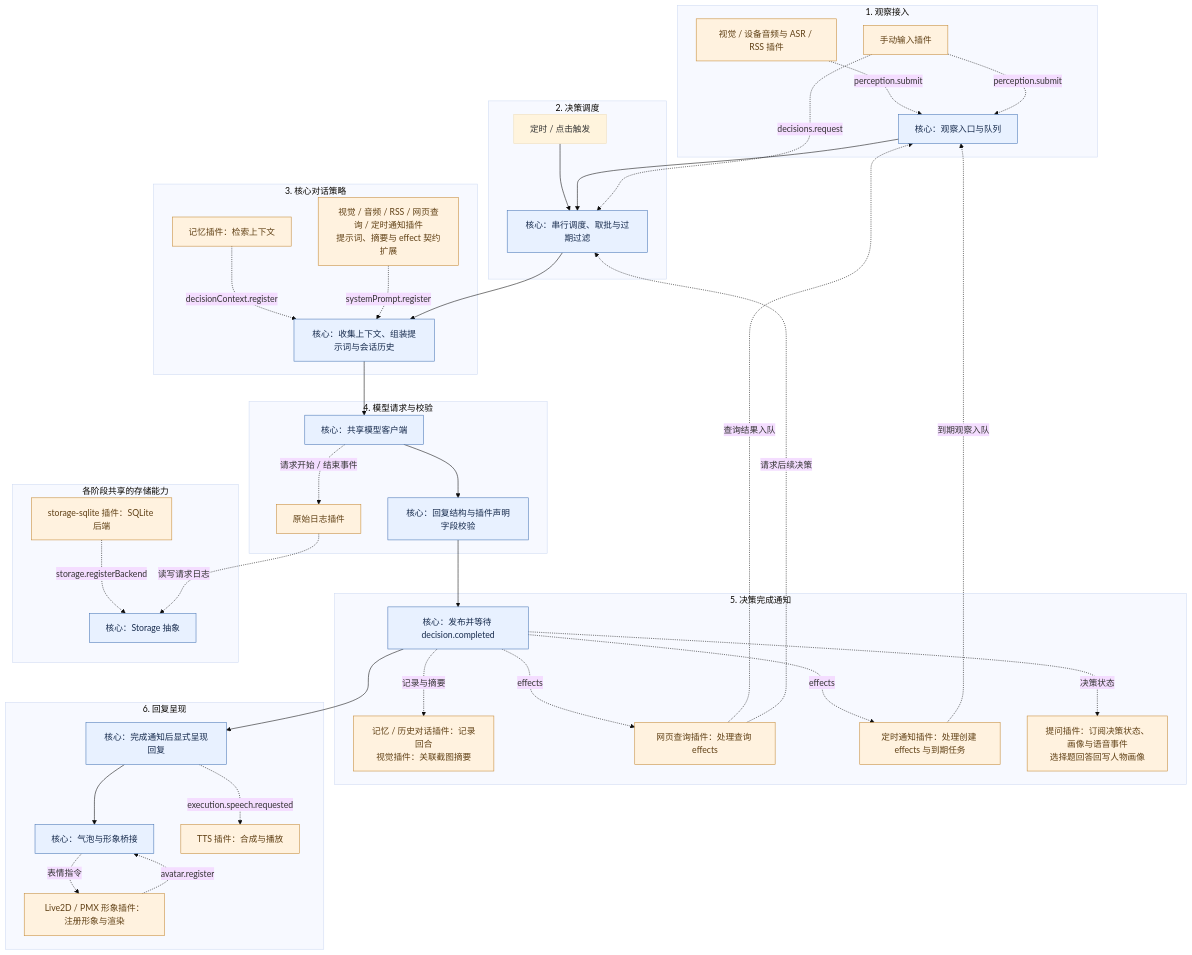
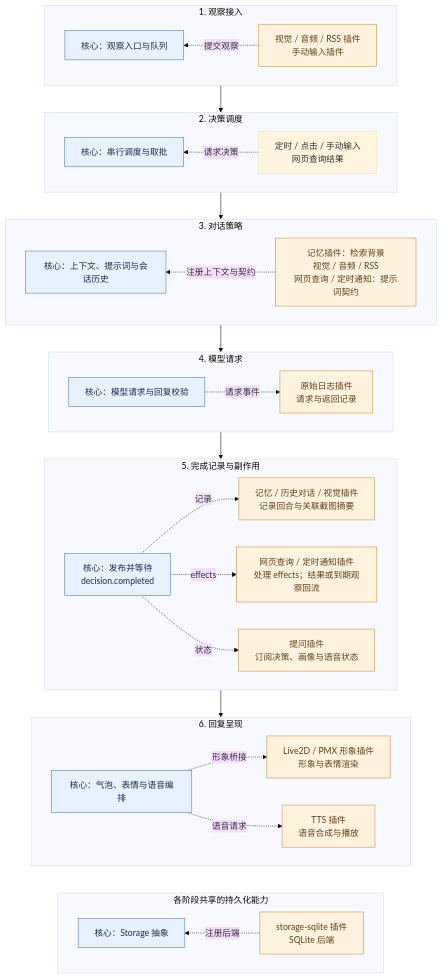
The diagram in README.md (thebeet/mylive2dpet), drawn with Mermaid (base theme) before and after one commit. The commit also changed other lines of this file, not shown here.

Commit message:
docs: align architecture stages and plugin injection points

````diff
--- a/README.md
+++ b/README.md
@@ -119,74 +119,59 @@
 ```mermaid
 flowchart TB
     subgraph Input[1. 观察接入]
-        Queue[核心：观察入口与队列]
-        Sources[视觉 / 设备音频与 ASR / RSS 插件]
-        Manual[手动输入插件]
-        Sources -.->|"perception.submit"| Queue
-        Manual -.->|"perception.submit"| Queue
+        direction RL
+        Sources["视觉 / 音频 / RSS 插件<br/>手动输入插件"]
+        Queue["核心：观察入口与队列"]
+        Sources -.->|"提交观察"| Queue
+    end
+    subgraph Decision[2. 决策调度]
+        direction RL
+        Triggers["定时 / 点击 / 手动输入<br/>网页查询结果"]
+        Scheduler["核心：串行调度与取批"]
+        Triggers -.->|"请求决策"| Scheduler
+    end
+    subgraph Conversation[3. 对话策略]
+        direction RL
+        ContextPlugins["记忆插件：检索背景<br/>视觉 / 音频 / RSS<br/>网页查询 / 定时通知：提示词契约"]
+        Context["核心：上下文、提示词与会话历史"]
+        ContextPlugins -.->|"注册上下文与契约"| Context
+    end
+    subgraph Request[4. 模型请求]
+        direction LR
+        Model["核心：模型请求与回复校验"]
+        RawLog["原始日志插件<br/>请求与返回记录"]
+        Model -.->|"请求事件"| RawLog
+    end
+    subgraph Completion[5. 完成记录与副作用]
+        direction LR
+        Result["核心：发布并等待<br/>decision.completed"]
+        Records["记忆 / 历史对话 / 视觉插件<br/>记录回合与关联截图摘要"]
+        Effects["网页查询 / 定时通知插件<br/>处理 effects；结果或到期观察回流"]
+        Questions["提问插件<br/>订阅决策、画像与语音状态"]
+        Result -.->|"记录"| Records
+        Result -.->|"effects"| Effects
+        Result -.->|"状态"| Questions
+    end
+    subgraph Output[6. 回复呈现]
+        direction LR
+        Present["核心：气泡、表情与语音编排"]
+        Avatar["Live2D / PMX 形象插件<br/>形象与表情渲染"]
+        TTS["TTS 插件<br/>语音合成与播放"]
+        Present -.->|"形象桥接"| Avatar
+        Present -.->|"语音请求"| TTS
+    end
+    subgraph Persistence[各阶段共享的持久化能力]
+        direction RL
+        SQLite["storage-sqlite 插件<br/>SQLite 后端"]
+        Storage["核心：Storage 抽象"]
+        SQLite -.->|"注册后端"| Storage
     end
 
-    subgraph Decision[2. 决策调度]
-        Scheduler[核心：串行调度、取批与过期过滤]
-        Triggers[定时 / 点击触发]
-        Triggers --> Scheduler
-    end
-
-    subgraph Conversation[3. 核心对话策略]
-        Context[核心：收集上下文、组装提示词与会话历史]
-        MemoryContext[记忆插件：检索上下文]
-        PromptPlugins[视觉 / 音频 / RSS / 网页查询 / 定时通知插件<br/>提示词、摘要与 effect 契约扩展]
-        MemoryContext -.->|"decisionContext.register"| Context
-        PromptPlugins -.->|"systemPrompt.register"| Context
-    end
-
-    subgraph Request[4. 模型请求与校验]
-        Model[核心：共享模型客户端]
-        Validate[核心：回复结构与插件声明字段校验]
-        RawLog[原始日志插件]
-        Model --> Validate
-        Model -.->|"请求开始 / 结束事件"| RawLog
-    end
-
-    subgraph Completion[5. 决策完成通知]
-        Result[核心：发布并等待 decision.completed]
-        Records[记忆 / 历史对话插件：记录回合<br/>视觉插件：关联截图摘要]
-        Web[网页查询插件：处理查询 effects]
-        Schedule[定时通知插件：处理创建 effects 与到期任务]
-        Questions[提问插件：订阅决策状态、画像与语音事件<br/>选择题回答回写人物画像]
-        Result -.->|"记录与摘要"| Records
-        Result -.->|"effects"| Web
-        Result -.->|"effects"| Schedule
-        Result -.->|"决策状态"| Questions
-    end
-
-    subgraph Output[6. 回复呈现]
-        Present[核心：完成通知后显式呈现回复]
-        Bubble[核心：气泡与形象桥接]
-        Avatar[Live2D / PMX 形象插件：注册形象与渲染]
-        TTS[TTS 插件：合成与播放]
-        Present --> Bubble
-        Avatar -.->|"avatar.register"| Bubble
-        Bubble -.->|"表情指令"| Avatar
-        Present -.->|"execution.speech.requested"| TTS
-    end
-
-    subgraph Persistence[各阶段共享的存储能力]
-        Storage[核心：Storage 抽象]
-        SQLite[storage-sqlite 插件：SQLite 后端]
-        SQLite -.->|"storage.registerBackend"| Storage
-        RawLog -.->|"读写请求日志"| Storage
-    end
-
-    Queue --> Scheduler --> Context --> Model
-    Validate --> Result --> Present
-    Manual -.->|"decisions.request"| Scheduler
-    Web -.->|"查询结果入队"| Queue
-    Web -.->|"请求后续决策"| Scheduler
-    Schedule -.->|"到期观察入队"| Queue
+    Input --> Decision --> Conversation --> Request --> Completion --> Output
+    Output ~~~ Persistence
 
     classDef core fill:#e8f1ff,stroke:#4775b5,color:#172b4d;
     classDef plugin fill:#fff2df,stroke:#c58a36,color:#604015;
-    class Queue,Scheduler,Context,Model,Validate,Result,Present,Bubble,Storage core;
-    class Sources,Manual,MemoryContext,PromptPlugins,RawLog,Records,Web,Schedule,Questions,Avatar,TTS,SQLite plugin;
+    class Queue,Scheduler,Context,Model,Result,Present,Storage core;
+    class Sources,ContextPlugins,RawLog,Records,Effects,Questions,Avatar,TTS,SQLite plugin;
 ```
````
